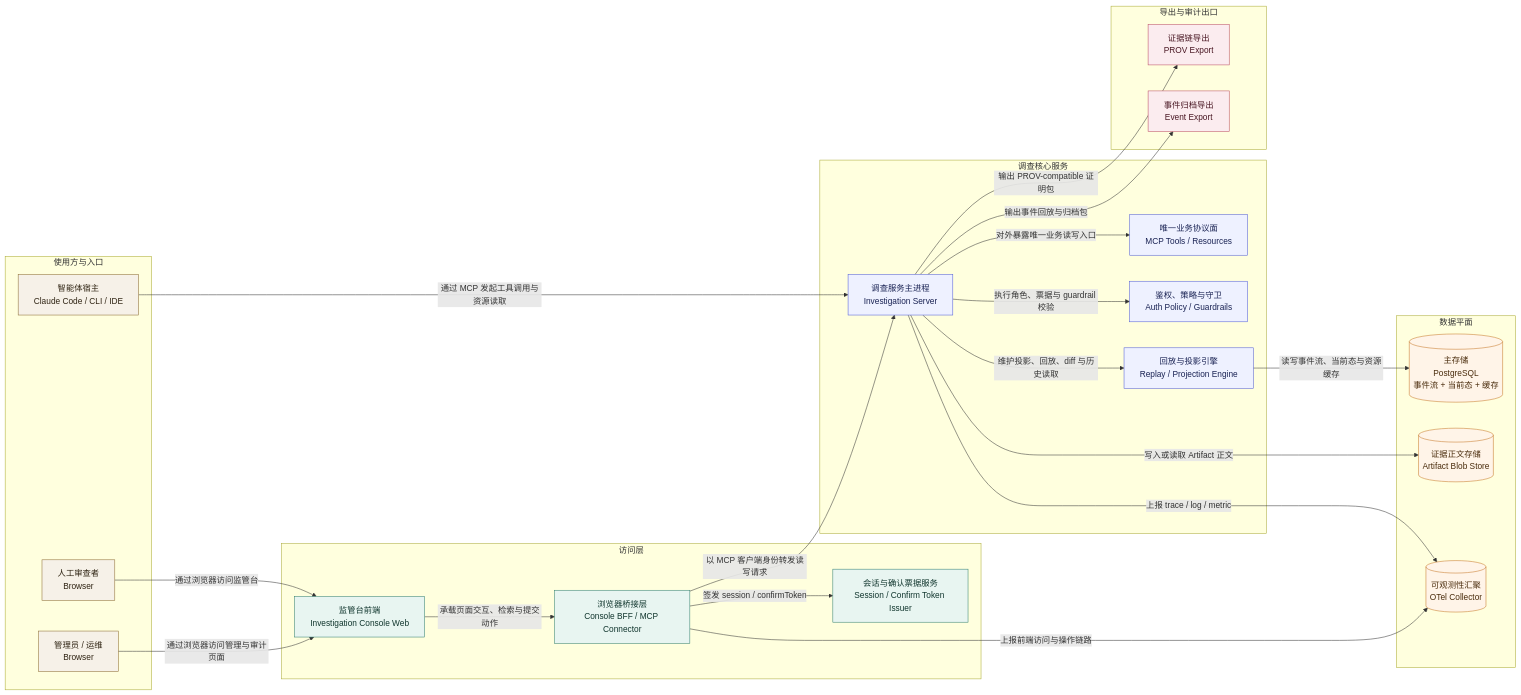
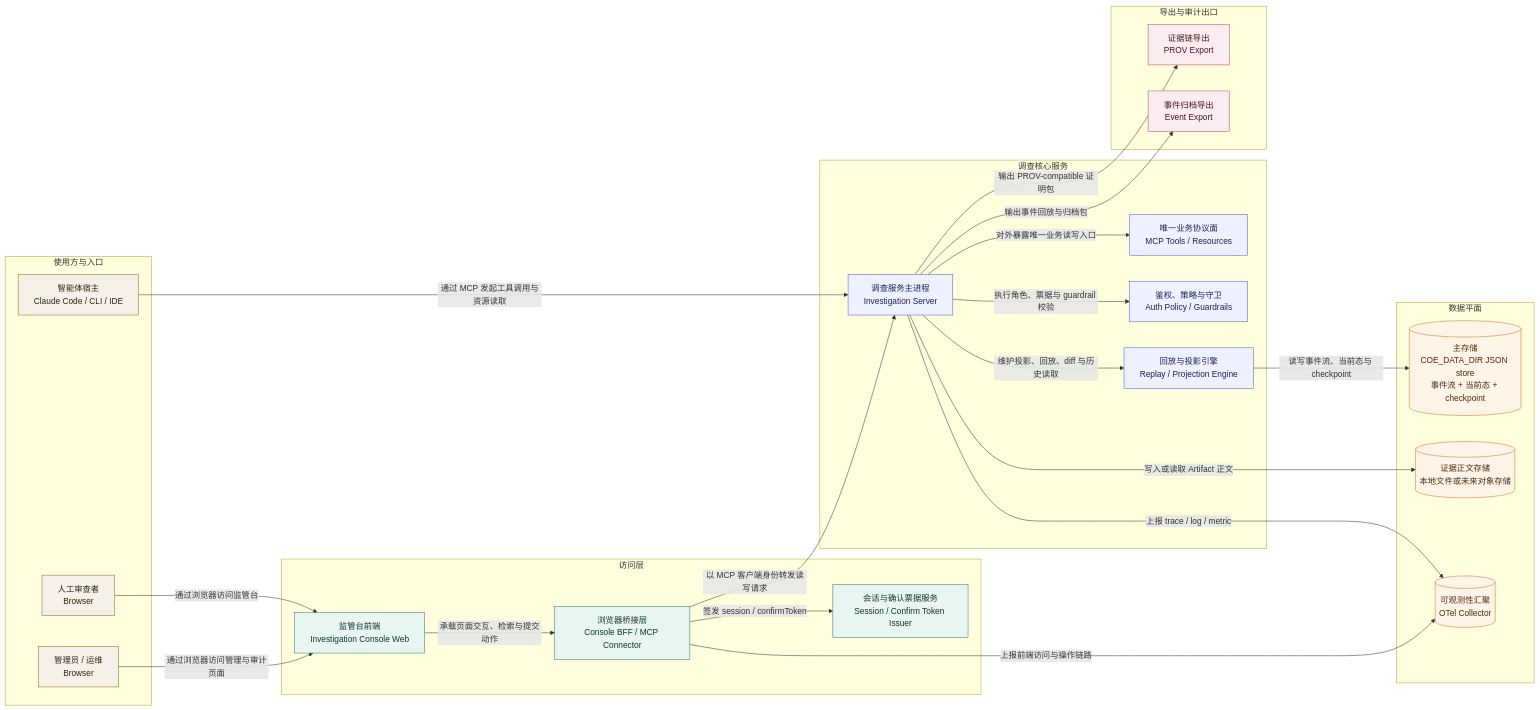
One commit to ceasarXuu/COE-for-Agent changed the first of 8 diagrams in docs/DEV/technical-design.md. Above: the diagram before and after it, drawn with Mermaid. The commit also changed other lines of this file and 44 other files, not shown here.

````diff
--- a/docs/DEV/technical-design.md
+++ b/docs/DEV/technical-design.md
@@ -76,60 +76,60 @@
 ```mermaid
 flowchart LR
   classDef actor fill:#F6F1E8,stroke:#8A6A2F,color:#2F2413;
   classDef access fill:#E8F5F1,stroke:#2E7D6E,color:#11362E;
   classDef core fill:#EEF1FF,stroke:#4F5BD5,color:#1A2354;
   classDef data fill:#FFF4E8,stroke:#C57725,color:#4A2C0C;
   classDef export fill:#FBECEF,stroke:#BA4B61,color:#491723;
 
   subgraph Users[使用方与入口]
     AgentHost[智能体宿主<br/>Claude Code / CLI / IDE]
     HumanReviewer[人工审查者<br/>Browser]
     AdminOperator[管理员 / 运维<br/>Browser]
   end
 
   subgraph Access[访问层]
     ConsoleWeb[监管台前端<br/>Investigation Console Web]
     ConsoleBFF[浏览器桥接层<br/>Console BFF / MCP Connector]
     ConfirmIssuer[会话与确认票据服务<br/>Session / Confirm Token Issuer]
   end
 
   subgraph Core[调查核心服务]
     Server[调查服务主进程<br/>Investigation Server]
     McpSurface[唯一业务协议面<br/>MCP Tools / Resources]
     PolicyGuard[鉴权、策略与守卫<br/>Auth Policy / Guardrails]
     ReplayProjection[回放与投影引擎<br/>Replay / Projection Engine]
   end
 
   subgraph Data[数据平面]
-    Postgres[(主存储<br/>PostgreSQL<br/>事件流 + 当前态 + 缓存)]
-    Blob[(证据正文存储<br/>Artifact Blob Store)]
+    LocalStore[(主存储<br/>COE_DATA_DIR JSON store<br/>事件流 + 当前态 + checkpoint)]
+    Blob[(证据正文存储<br/>本地文件或未来对象存储)]
     OTel[(可观测性汇聚<br/>OTel Collector)]
   end
 
   subgraph Exports[导出与审计出口]
     ProvExport[证据链导出<br/>PROV Export]
     EventExport[事件归档导出<br/>Event Export]
   end
 
   AgentHost -->|通过 MCP 发起工具调用与资源读取| Server
   HumanReviewer -->|通过浏览器访问监管台| ConsoleWeb
   AdminOperator -->|通过浏览器访问管理与审计页面| ConsoleWeb
   ConsoleWeb -->|承载页面交互、检索与提交动作| ConsoleBFF
   ConsoleBFF -->|以 MCP 客户端身份转发读写请求| Server
   ConsoleBFF -->|签发 session / confirmToken| ConfirmIssuer
   Server -->|对外暴露唯一业务读写入口| McpSurface
   Server -->|执行角色、票据与 guardrail 校验| PolicyGuard
   Server -->|维护投影、回放、diff 与历史读取| ReplayProjection
-  ReplayProjection -->|读写事件流、当前态与资源缓存| Postgres
+  ReplayProjection -->|读写事件流、当前态与 checkpoint| LocalStore
   Server -->|写入或读取 Artifact 正文| Blob
   Server -->|上报 trace / log / metric| OTel
   ConsoleBFF -->|上报前端访问与操作链路| OTel
   Server -->|输出 PROV-compatible 证明包| ProvExport
   Server -->|输出事件回放与归档包| EventExport
 
   class AgentHost,HumanReviewer,AdminOperator actor;
   class ConsoleWeb,ConsoleBFF,ConfirmIssuer access;
   class Server,McpSurface,PolicyGuard,ReplayProjection core;
-  class Postgres,Blob,OTel data;
+  class LocalStore,Blob,OTel data;
   class ProvExport,EventExport export;
 ```
````
